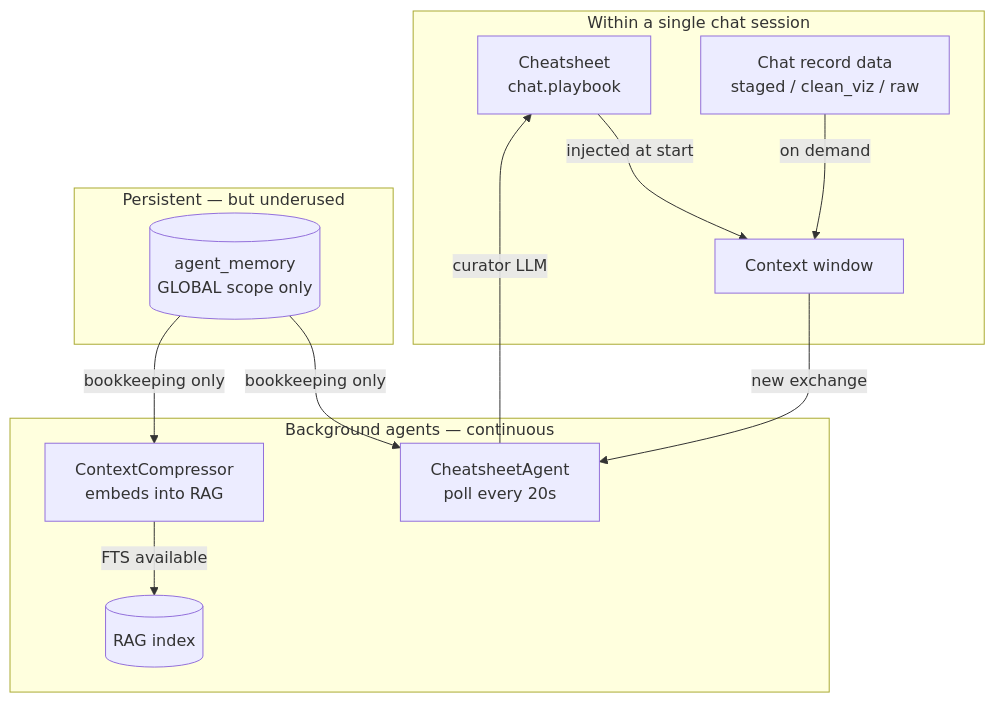
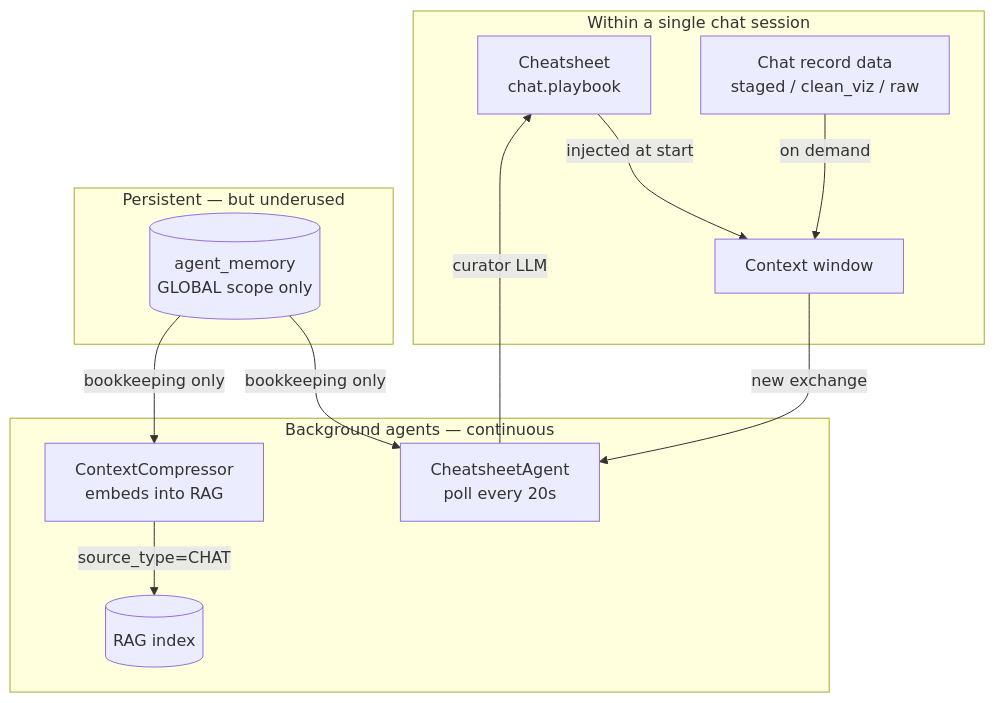
The first of 5 diagrams in memory-gap-analysis.md (wiedersehne/Ida-arch), drawn with Mermaid before and after one commit. The commit also changed other lines of this file, not shown here.

````diff
--- a/memory-gap-analysis.md
+++ b/memory-gap-analysis.md
@@ -8,19 +9,19 @@
 ```mermaid
 flowchart TD
     subgraph Session ["Within a single chat session"]
         CS[Cheatsheet\nchat.playbook] -->|injected at start| CTX[Context window]
         CD[Chat record data\nstaged / clean_viz / raw] -->|on demand| CTX
     end
 
     subgraph Background ["Background agents — continuous"]
         CA[CheatsheetAgent\npoll every 20s] -->|curator LLM| CS
-        CC[ContextCompressor\nembeds into RAG] -->|FTS available| RAG[(RAG index)]
+        CC[ContextCompressor\nembeds into RAG] -->|source_type=CHAT| RAG[(RAG index)]
     end
 
     subgraph Persistent ["Persistent — but underused"]
         AM[(agent_memory\nGLOBAL scope only)] -->|bookkeeping only| CA
         AM -->|bookkeeping only| CC
     end
 
     CTX -->|new exchange| CA
 ```
````
